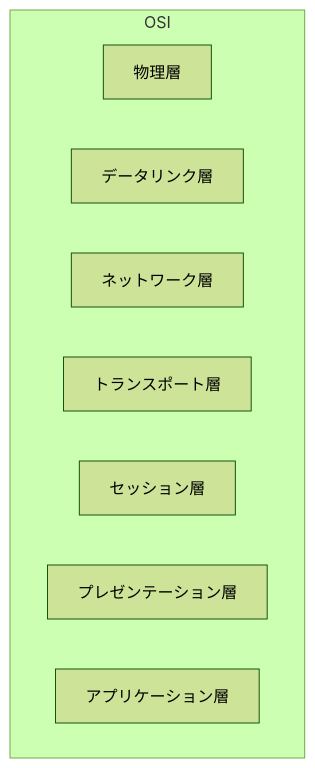
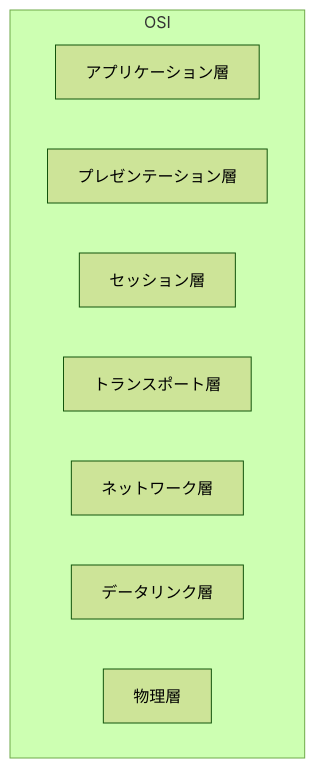
One commit to uecken/docs changed the second of 15 diagrams in 新人エンジニアが学ぶ無線とIPネットワーク/readme.md. Above: the diagram before and after it, drawn with Mermaid (forest theme). The commit also changed 2 other files, not shown here.

````diff
--- a/新人エンジニアが学ぶ無線とIPネットワーク/readme.md
+++ b/新人エンジニアが学ぶ無線とIPネットワーク/readme.md
@@ -21,12 +21,12 @@
 ```mermaid
 flowchart TB
     subgraph OSI
-        L1[物理層] 
+        L7[アプリケーション層]
+        L6[プレゼンテーション層]
+        L5[セッション層]
+        L4[トランスポート層]
+        L3[ネットワーク層]
         L2[データリンク層]
-        L3[ネットワーク層]
-        L4[トランスポート層]
-        L5[セッション層]
-        L6[プレゼンテーション層]
-        L7[アプリケーション層]
+        L1[物理層]
     end
 ```
````
